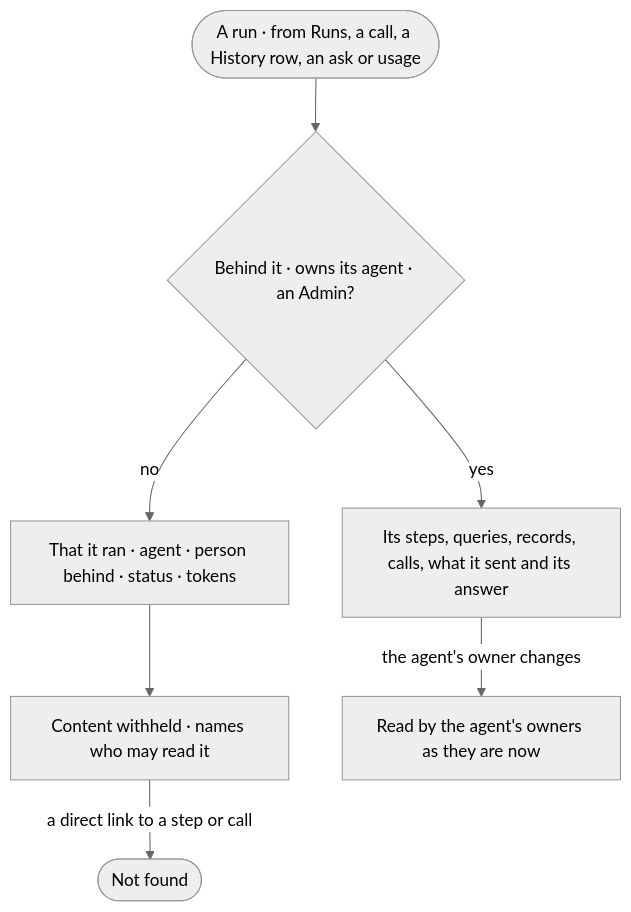
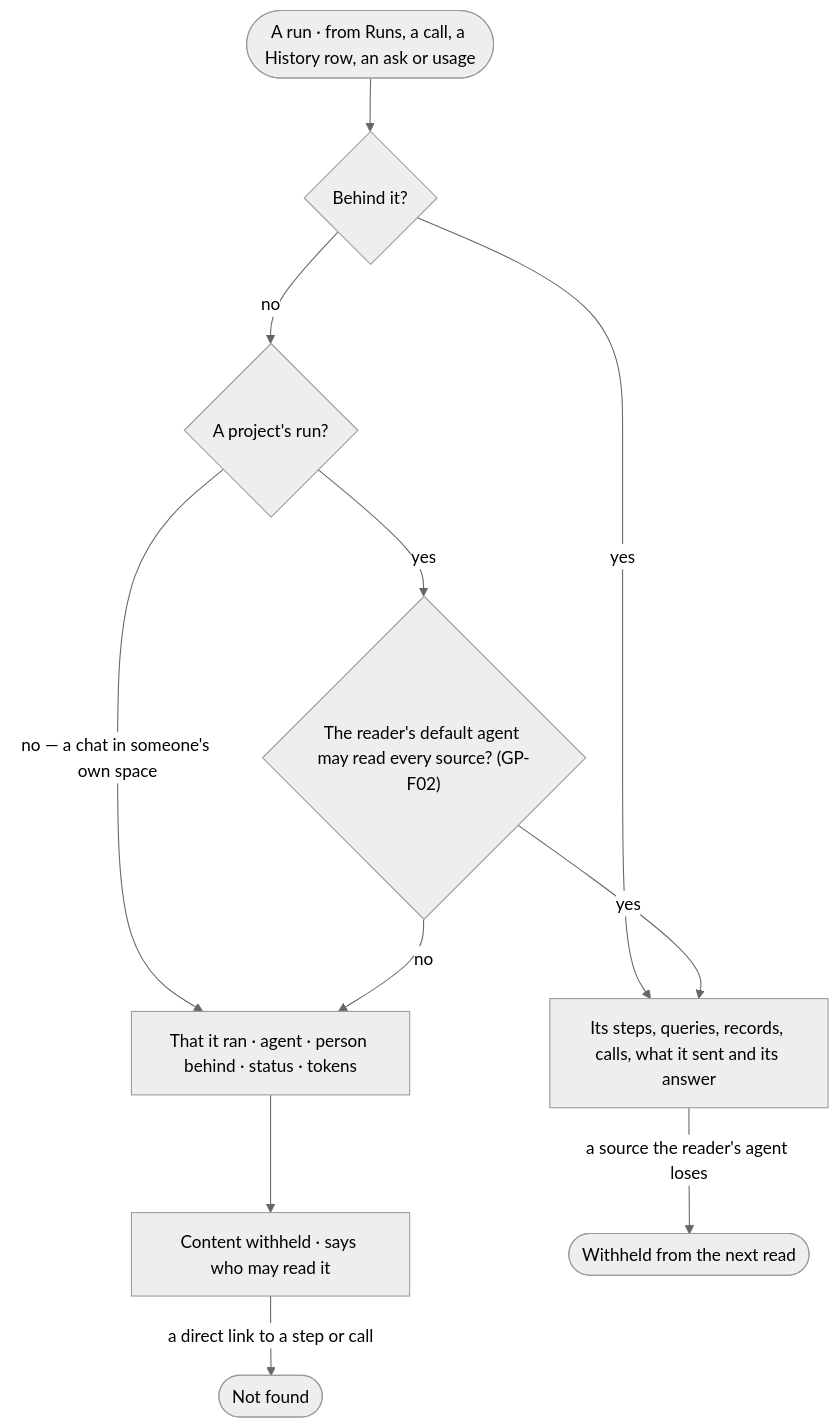
Before and after one commit to invana/invana: the diagram in specs/os/access/features/AC-F09-what-left-the-platform/stories/AC-31-keep-a-runs-content-to-those-who-may-read-it/story.md, drawn with Mermaid (neutral theme). The commit also changed other lines of this file and 300 other files, not shown here.

````diff
--- a/specs/os/access/features/AC-F09-what-left-the-platform/stories/AC-31-keep-a-runs-content-to-those-who-may-read-it/story.md
+++ b/specs/os/access/features/AC-F09-what-left-the-platform/stories/AC-31-keep-a-runs-content-to-those-who-may-read-it/story.md
@@ -27,9 +30,13 @@
 ```mermaid
 flowchart TD
-  o([A run · from Runs, a call, a History row, an ask or usage]) --> c{"Behind it · owns its agent · an Admin?"}
-  c -->|yes| full["Its steps, queries, records, calls, what it sent and its answer"]
-  c -->|no| meta["That it ran · agent · person behind · status · tokens"]
-  meta --> wh["Content withheld · names who may read it"]
+  o([A run · from Runs, a call, a History row, an ask or usage]) --> b{"Behind it?"}
+  b -->|yes| full["Its steps, queries, records, calls, what it sent and its answer"]
+  b -->|no| p{"A project's run?"}
+  p -->|no — a chat in someone's own space| meta["That it ran · agent · person behind · status · tokens"]
+  p -->|yes| l{"The reader's default agent may read every source? (GP-F02)"}
+  l -->|yes| full
+  l -->|no| meta
+  meta --> wh["Content withheld · says who may read it"]
   wh -->|a direct link to a step or call| nf(["Not found"])
-  full -->|the agent's owner changes| re["Read by the agent's owners as they are now"]
+  full -->|a source the reader's agent loses| re(["Withheld from the next read"])
 ```
````
